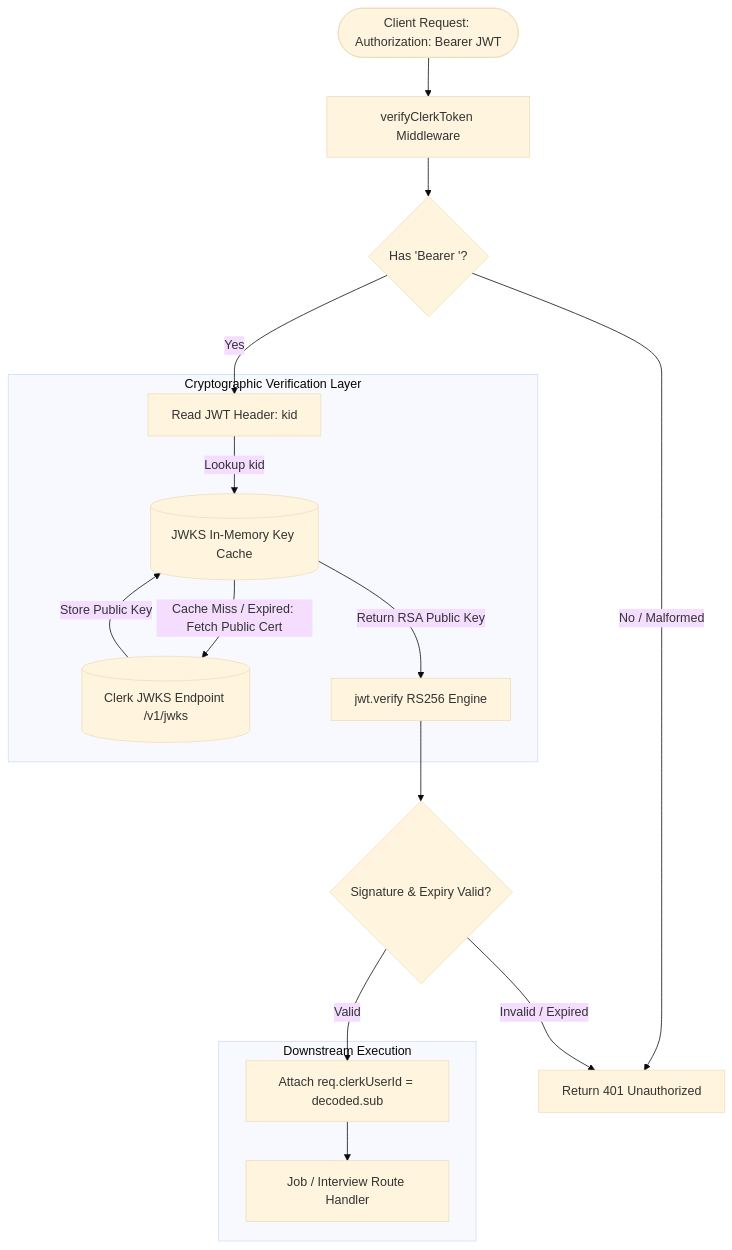
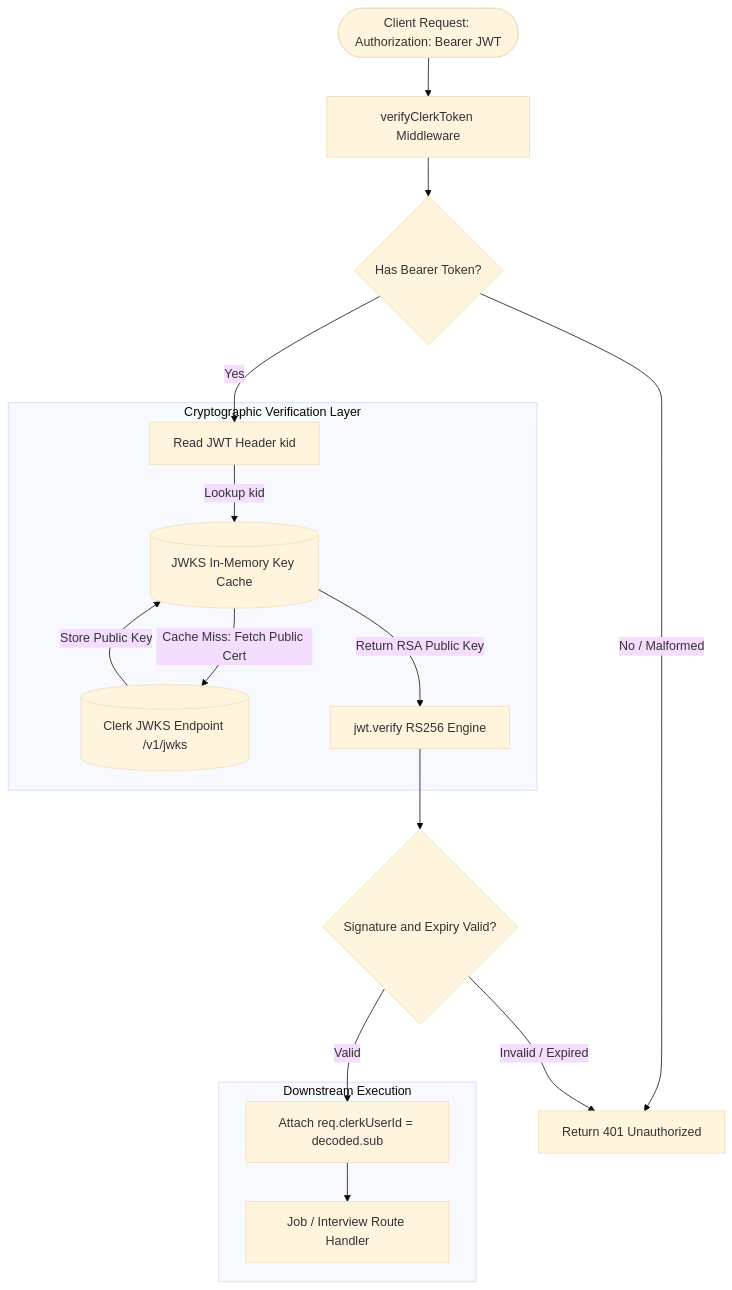
One commit to SawanTeja/Study changed the first of 2 diagrams in public/content/Projects/EMPLO/backend/module2_security_auth.md. Above: the diagram before and after it, drawn with Mermaid (base theme). The commit also changed 6 other files, not shown here.

Commit message:
fix: sanitize mermaid flowcharts and sequence diagrams in frontend and backend modules

````diff
--- a/public/content/Projects/EMPLO/backend/module2_security_auth.md
+++ b/public/content/Projects/EMPLO/backend/module2_security_auth.md
@@ -119,35 +119,35 @@
 ```mermaid
 flowchart TD
     Client(["Client Request: Authorization: Bearer JWT"])
     AuthGuard["verifyClerkToken Middleware"]
-    HeaderCheck{"Has 'Bearer '?"}
+    HeaderCheck{"Has Bearer Token?"}
     Reject401["Return 401 Unauthorized"]
     
     subgraph CryptoLayer ["Cryptographic Verification Layer"]
-        HeaderParser["Read JWT Header: kid"]
+        HeaderParser["Read JWT Header kid"]
         JWKSCache[("JWKS In-Memory Key Cache")]
         ClerkServer[("Clerk JWKS Endpoint /v1/jwks")]
         CryptoEngine["jwt.verify RS256 Engine"]
     end
     
     subgraph DownstreamExec ["Downstream Execution"]
         ContextInject["Attach req.clerkUserId = decoded.sub"]
         Controller["Job / Interview Route Handler"]
     end
 
     Client --> AuthGuard
     AuthGuard --> HeaderCheck
     HeaderCheck -->|No / Malformed| Reject401
     HeaderCheck -->|Yes| HeaderParser
     
     HeaderParser -->|Lookup kid| JWKSCache
-    JWKSCache -->|Cache Miss / Expired: Fetch Public Cert| ClerkServer
+    JWKSCache -->|Cache Miss: Fetch Public Cert| ClerkServer
     ClerkServer -->|Store Public Key| JWKSCache
     JWKSCache -->|Return RSA Public Key| CryptoEngine
     
-    CryptoEngine --> SignatureValid{"Signature & Expiry Valid?"}
+    CryptoEngine --> SignatureValid{"Signature and Expiry Valid?"}
     SignatureValid -->|Invalid / Expired| Reject401
     SignatureValid -->|Valid| ContextInject
     
     ContextInject --> Controller
 ```
````
